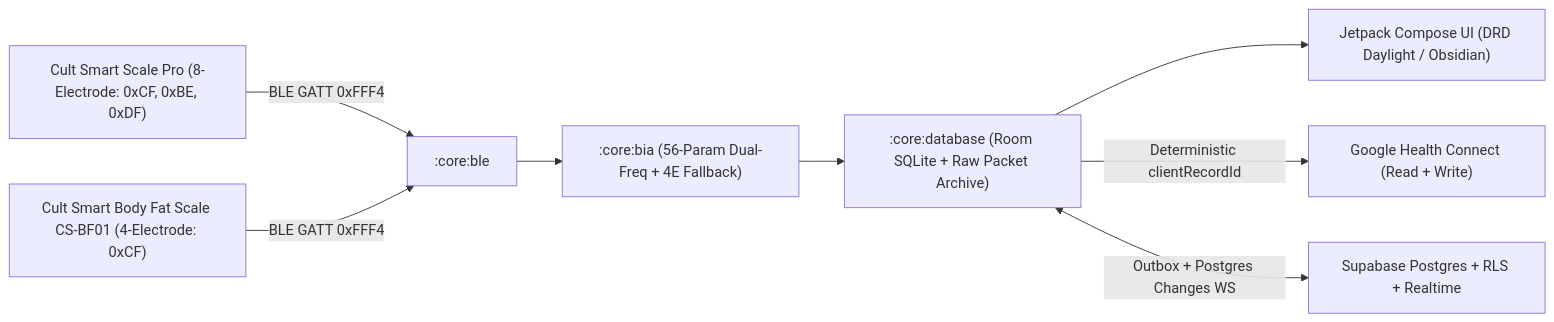
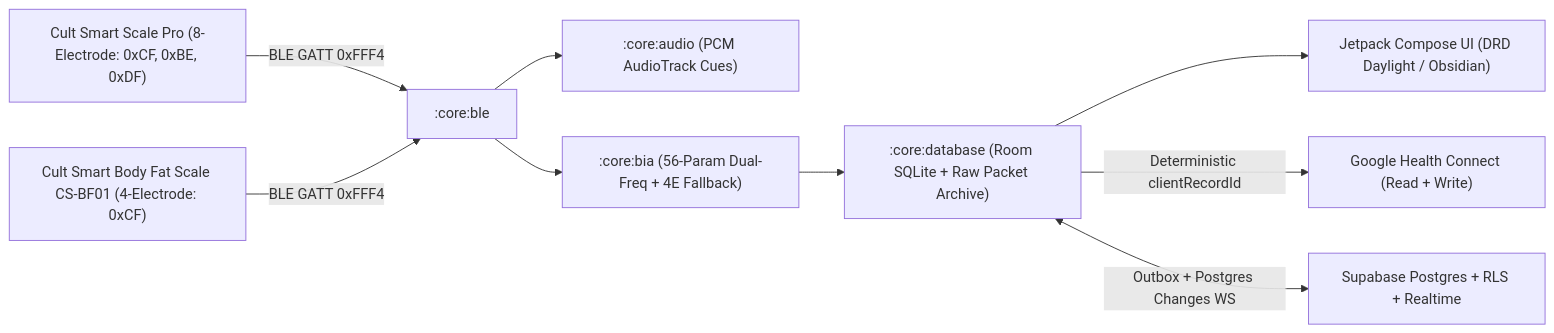
Before and after one commit to imsovikde/OpenCult: the diagram in README.md, drawn with Mermaid. The commit also changed other lines of this file and 8 other files, not shown here.

````diff
--- a/README.md
+++ b/README.md
@@ -19,10 +21,11 @@
 ```mermaid
 flowchart LR
     Scale8E["Cult Smart Scale Pro (8-Electrode: 0xCF, 0xBE, 0xDF)"] -->|BLE GATT 0xFFF4| BLE[":core:ble"]
     Scale4E["Cult Smart Body Fat Scale CS-BF01 (4-Electrode: 0xCF)"] -->|BLE GATT 0xFFF4| BLE
+    BLE --> Audio[":core:audio (PCM AudioTrack Cues)"]
     BLE --> BIA[":core:bia (56-Param Dual-Freq + 4E Fallback)"]
     BIA --> Room[":core:database (Room SQLite + Raw Packet Archive)"]
     Room --> UI["Jetpack Compose UI (DRD Daylight / Obsidian)"]
     Room -->|Deterministic clientRecordId| HC["Google Health Connect (Read + Write)"]
     Room <-->|Outbox + Postgres Changes WS| Supa["Supabase Postgres + RLS + Realtime"]
 ```
````
